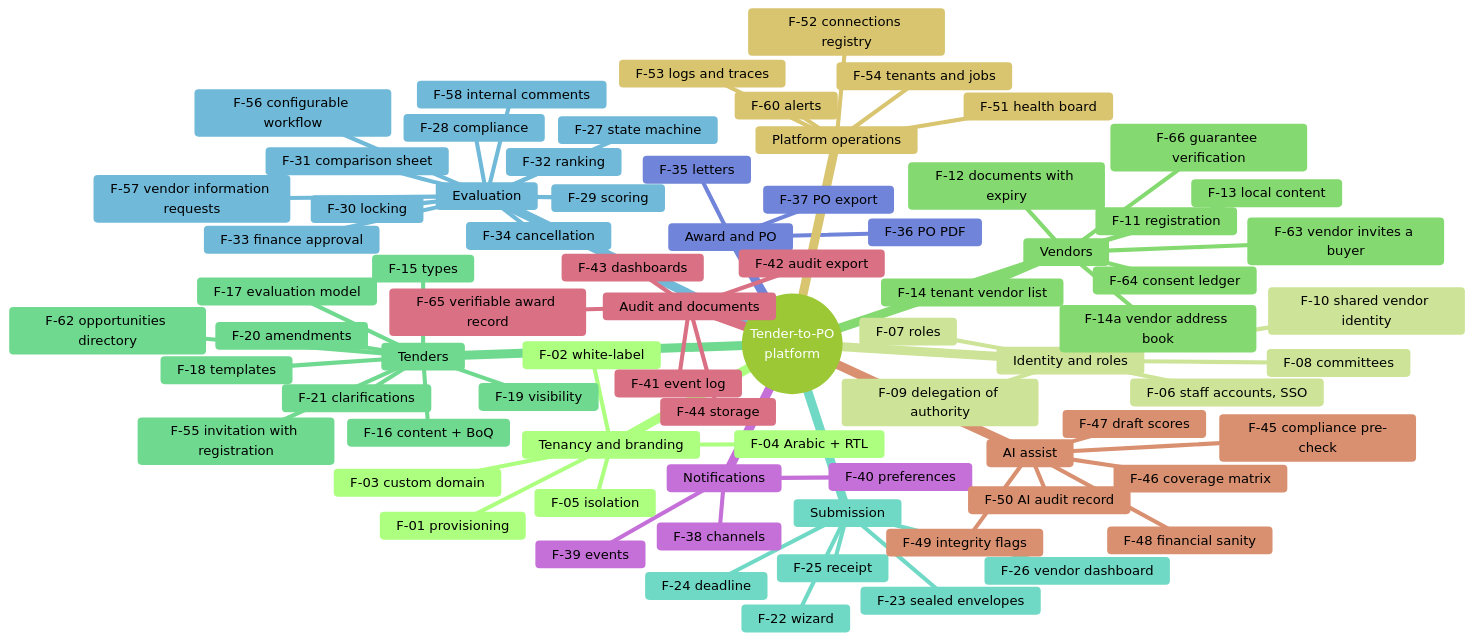
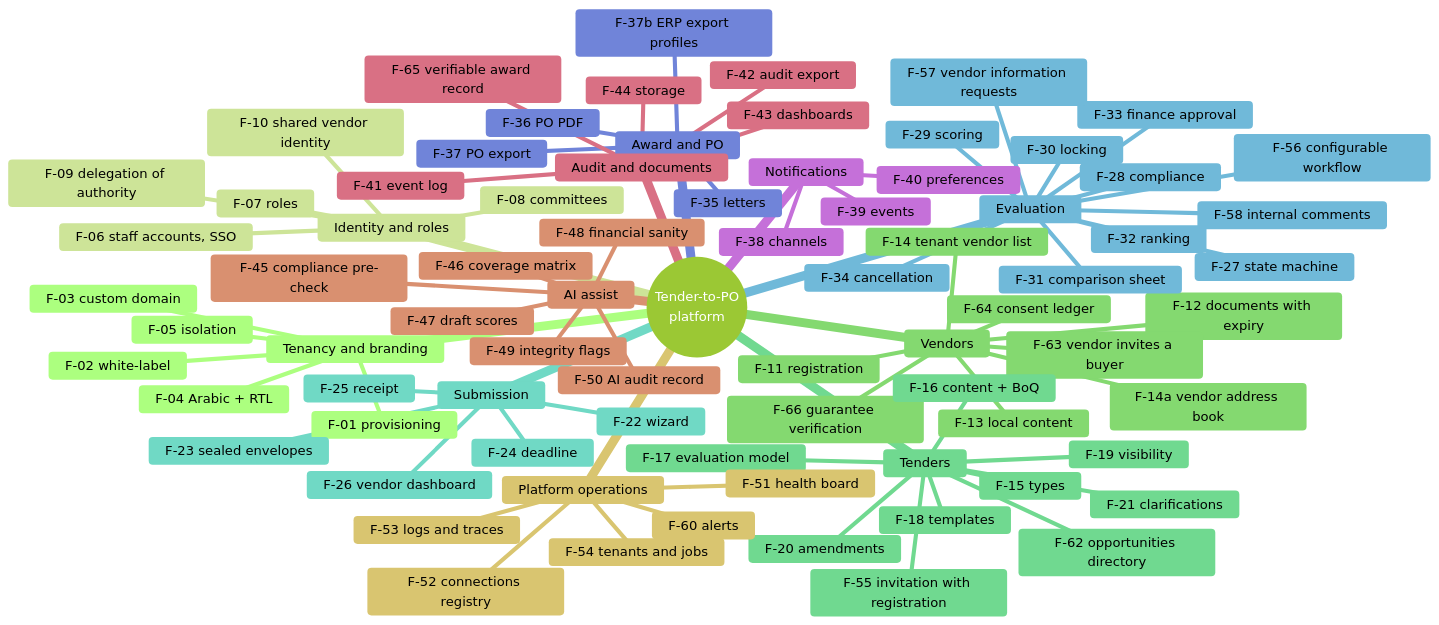
Diagram 13 of 13 in docs/03-diagrams.md (AhmedAssaf/ERP), drawn with Mermaid (forest theme) before and after one commit. The commit also changed 5 other files, not shown here.

Commit message:
Add F-37b ERP export profiles: Odoo, SAP, Oracle Fusion and Oracle EBS import files with per-tenant code mapping

````diff
--- a/docs/03-diagrams.md
+++ b/docs/03-diagrams.md
@@ -507,80 +507,81 @@
 ```mermaid
 mindmap
   root((Tender-to-PO<br/>platform))
     Tenancy and branding
       F-01 provisioning
       F-02 white-label
       F-03 custom domain
       F-04 Arabic + RTL
       F-05 isolation
     Identity and roles
       F-06 staff accounts, SSO
       F-07 roles
       F-08 committees
       F-09 delegation of authority
       F-10 shared vendor identity
     Vendors
       F-11 registration
       F-12 documents with expiry
       F-13 local content
       F-14 tenant vendor list
       F-14a vendor address book
       F-63 vendor invites a buyer
       F-64 consent ledger
       F-66 guarantee verification
     Tenders
       F-15 types
       F-16 content + BoQ
       F-17 evaluation model
       F-18 templates
       F-19 visibility
       F-20 amendments
       F-21 clarifications
       F-55 invitation with registration
       F-62 opportunities directory
     Submission
       F-22 wizard
       F-23 sealed envelopes
       F-24 deadline
       F-25 receipt
       F-26 vendor dashboard
     Evaluation
       F-27 state machine
       F-56 configurable workflow
       F-28 compliance
       F-29 scoring
       F-30 locking
       F-31 comparison sheet
       F-32 ranking
       F-33 finance approval
       F-34 cancellation
       F-57 vendor information requests
       F-58 internal comments
     Award and PO
       F-35 letters
       F-36 PO PDF
       F-37 PO export
+      F-37b ERP export profiles
     Notifications
       F-38 channels
       F-39 events
       F-40 preferences
     Audit and documents
       F-41 event log
       F-42 audit export
       F-65 verifiable award record
       F-43 dashboards
       F-44 storage
     AI assist
       F-45 compliance pre-check
       F-46 coverage matrix
       F-47 draft scores
       F-48 financial sanity
       F-49 integrity flags
       F-50 AI audit record
     Platform operations
       F-51 health board
       F-52 connections registry
       F-53 logs and traces
       F-54 tenants and jobs
       F-60 alerts
 ```
````
